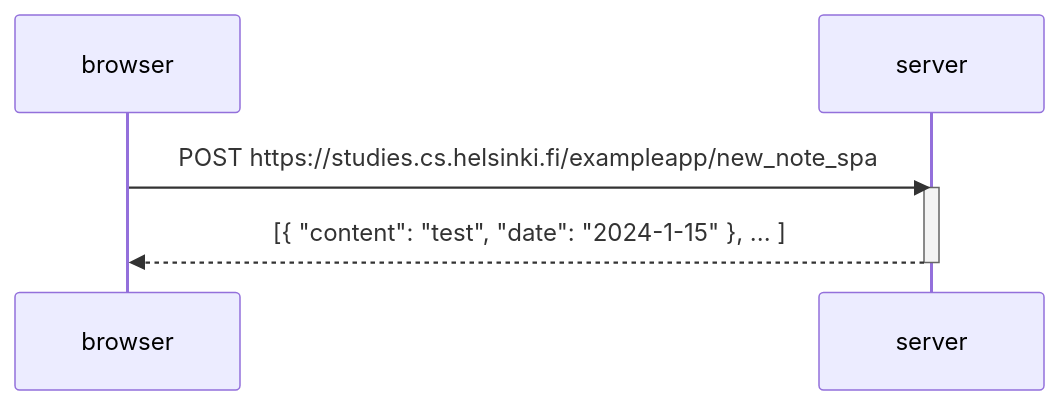
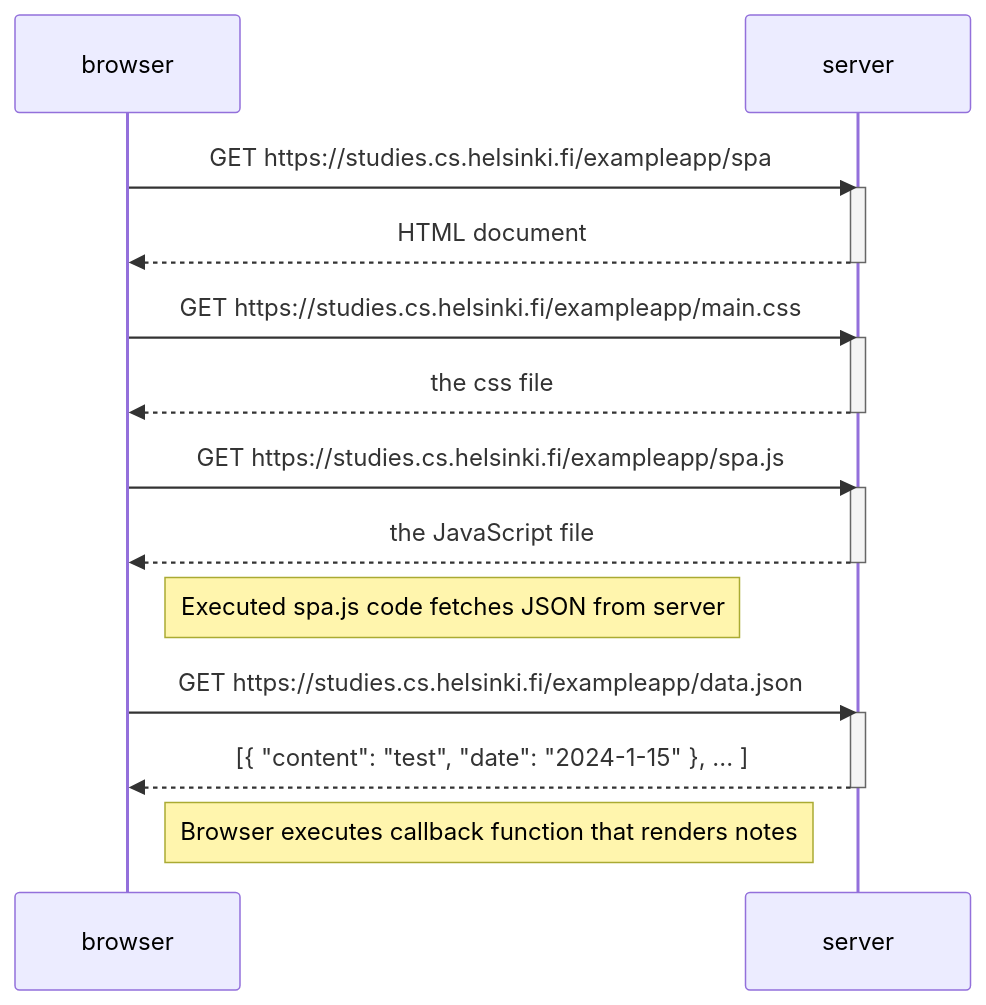
Before and after one commit to juhokan/Full-Stack-Open: the diagram in Osa0/0-5.md, drawn with Mermaid. The commit also changed other lines of this file and 1 other file, not shown here.

Commit message:
fixed order of exercises and created 0.5

````diff
--- a/Osa0/0-5.md
+++ b/Osa0/0-5.md
@@ -3,10 +2,29 @@
-```mermaid
+ ```mermaid   
     sequenceDiagram
     participant browser
     participant server
 
-    browser->>server: POST https://studies.cs.helsinki.fi/exampleapp/new_note_spa
+    browser->>server: GET https://studies.cs.helsinki.fi/exampleapp/spa
+    activate server
+    server-->>browser: HTML document
+    deactivate server
+
+    browser->>server: GET https://studies.cs.helsinki.fi/exampleapp/main.css
+    activate server
+    server-->>browser: the css file
+    deactivate server
+
+    browser->>server: GET https://studies.cs.helsinki.fi/exampleapp/spa.js
+    activate server
+    server-->>browser: the JavaScript file
+    deactivate server
+
+    Note right of browser: Executed spa.js code fetches JSON from server
+
+    browser->>server: GET https://studies.cs.helsinki.fi/exampleapp/data.json
     activate server
     server-->>browser: [{ "content": "test", "date": "2024-1-15" }, ... ]
-    deactivate server  
+    deactivate server    
+
+    Note right of browser: Browser executes callback function that renders notes 
 ```
````
